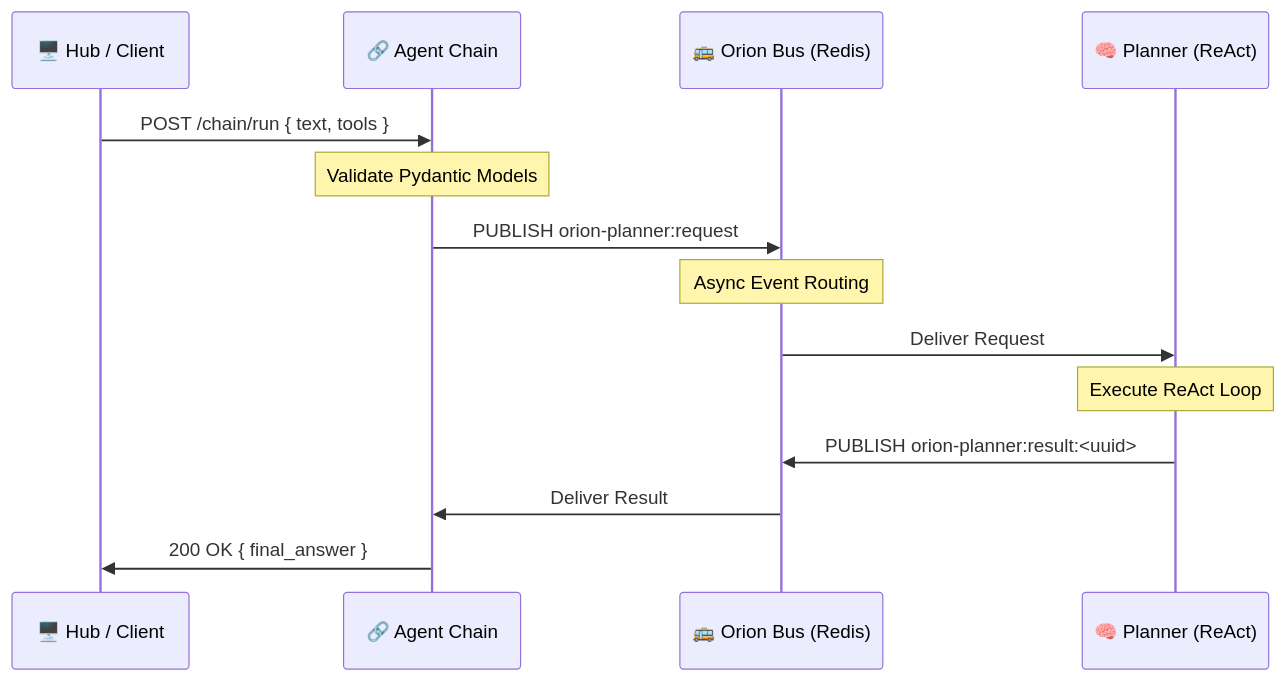
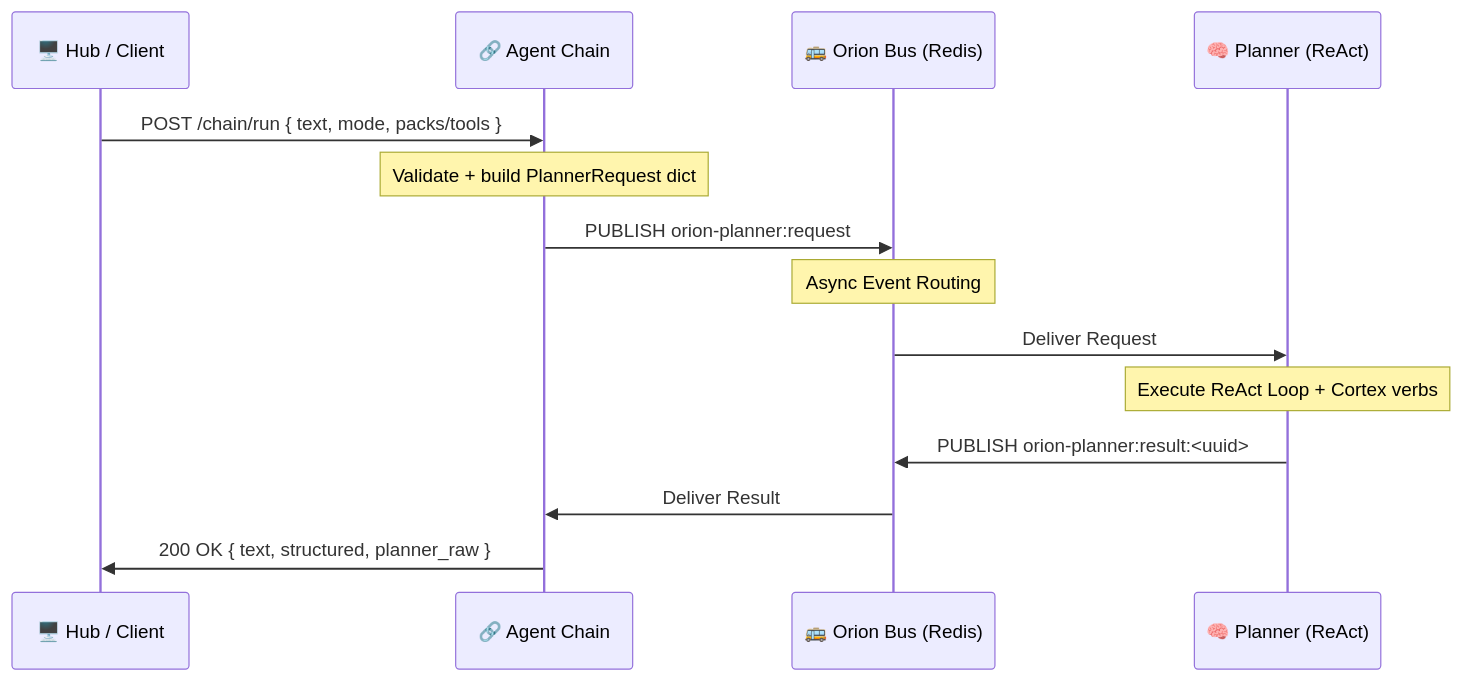
One commit to junebug-junie/Orion-Sapienform changed the diagram in services/orion-agent-chain/README.md. Above: the diagram before and after it, drawn with Mermaid. The commit also changed other lines of this file, not shown here.

````diff
--- a/services/orion-agent-chain/README.md
+++ b/services/orion-agent-chain/README.md
@@ -22,21 +22,21 @@
 ```mermaid
 sequenceDiagram
     participant Client as 🖥️ Hub / Client
     participant Chain as 🔗 Agent Chain
     participant Bus as 🚌 Orion Bus (Redis)
     participant Planner as 🧠 Planner (ReAct)
 
-    Client->>Chain: POST /chain/run { text, tools }
-    Note over Chain: Validate Pydantic Models
+    Client->>Chain: POST /chain/run { text, mode, packs/tools }
+    Note over Chain: Validate + build PlannerRequest dict
 
     Chain->>Bus: PUBLISH orion-planner:request
     Note over Bus: Async Event Routing
 
     Bus->>Planner: Deliver Request
-    Note over Planner: Execute ReAct Loop
+    Note over Planner: Execute ReAct Loop + Cortex verbs
 
     Planner->>Bus: PUBLISH orion-planner:result:<uuid>
     Bus->>Chain: Deliver Result
 
-    Chain->>Client: 200 OK { final_answer }
+    Chain->>Client: 200 OK { text, structured, planner_raw }
 ```
````
